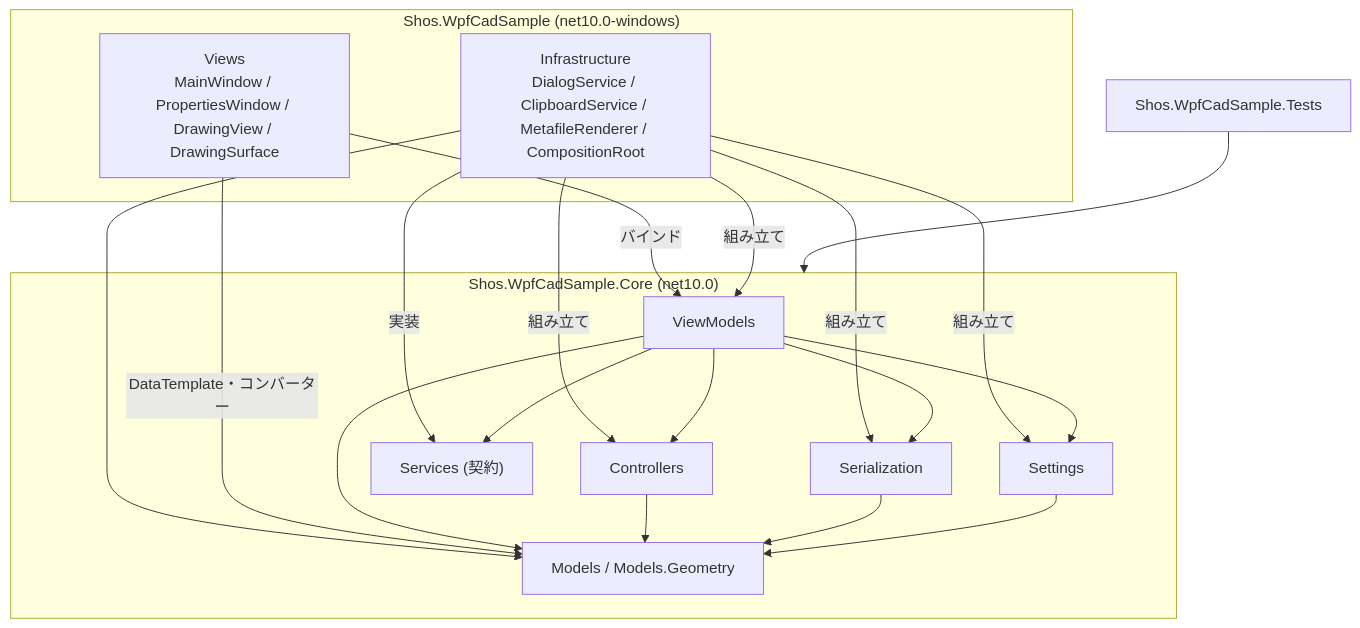
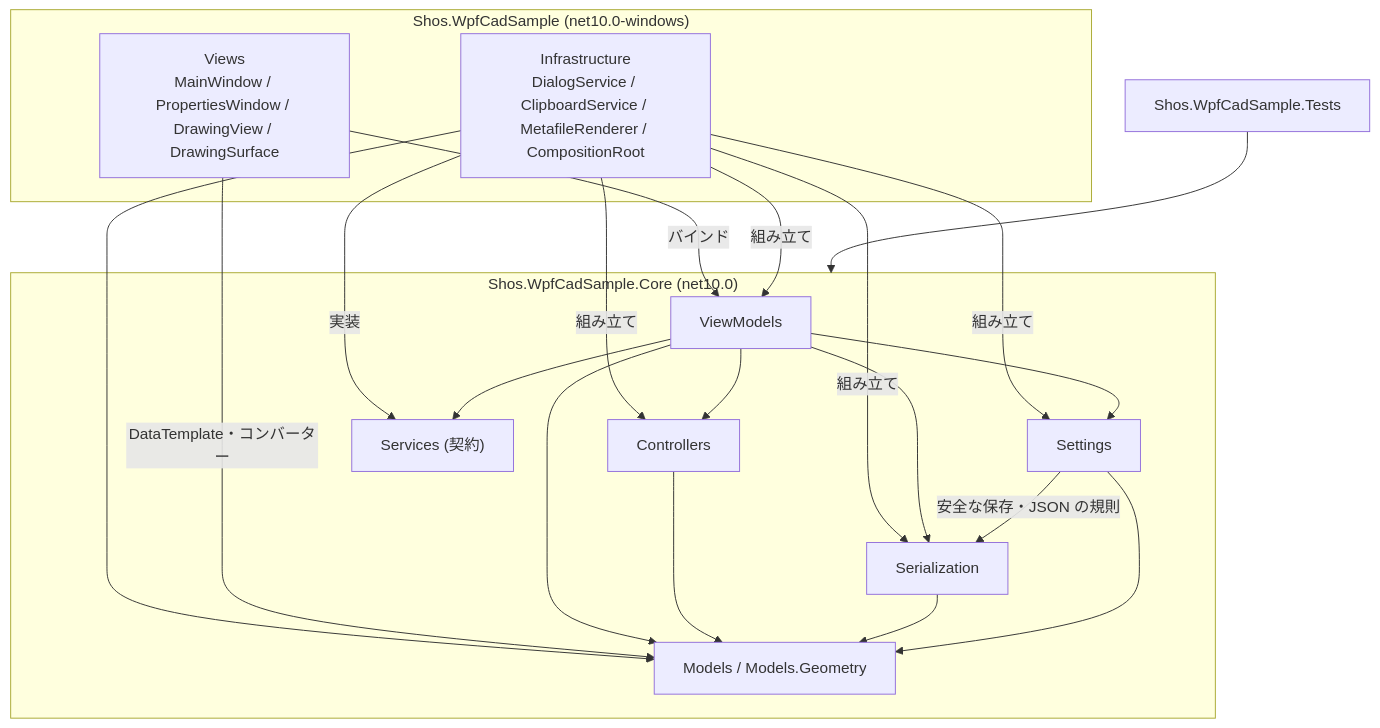
One commit to Fujiwo/Shos.WpfCadSample changed the first of 11 diagrams in Documents/20261105-cad-architecture.md. Above: the diagram before and after it, drawn with Mermaid. The commit also changed other lines of this file and 24 other files, not shown here.

````diff
--- a/Documents/20261105-cad-architecture.md
+++ b/Documents/20261105-cad-architecture.md
@@ -82,33 +82,34 @@
 ```mermaid
 flowchart TB
     subgraph WpfProject["Shos.WpfCadSample (net10.0-windows)"]
         Views["Views<br/>MainWindow / PropertiesWindow / DrawingView / DrawingSurface"]
         Infra["Infrastructure<br/>DialogService / ClipboardService / MetafileRenderer / CompositionRoot"]
     end
     subgraph CoreProject["Shos.WpfCadSample.Core (net10.0)"]
         ViewModels["ViewModels"]
         Controllers["Controllers"]
         Models["Models / Models.Geometry"]
         Serialization["Serialization"]
         Settings["Settings"]
         Services["Services (契約)"]
     end
     Tests["Shos.WpfCadSample.Tests"]
     Views -->|"バインド"| ViewModels
     Infra -->|"実装"| Services
     Infra --> Models
     Infra -->|"組み立て"| ViewModels
     Infra -->|"組み立て"| Controllers
     Infra -->|"組み立て"| Serialization
     Infra -->|"組み立て"| Settings
     Views -->|"DataTemplate・コンバーター"| Models
     ViewModels --> Controllers
     ViewModels --> Models
     ViewModels --> Serialization
     ViewModels --> Settings
     ViewModels --> Services
     Controllers --> Models
     Serialization --> Models
     Settings --> Models
+    Settings -->|"安全な保存・JSON の規則"| Serialization
     Tests --> CoreProject
 ```
````
